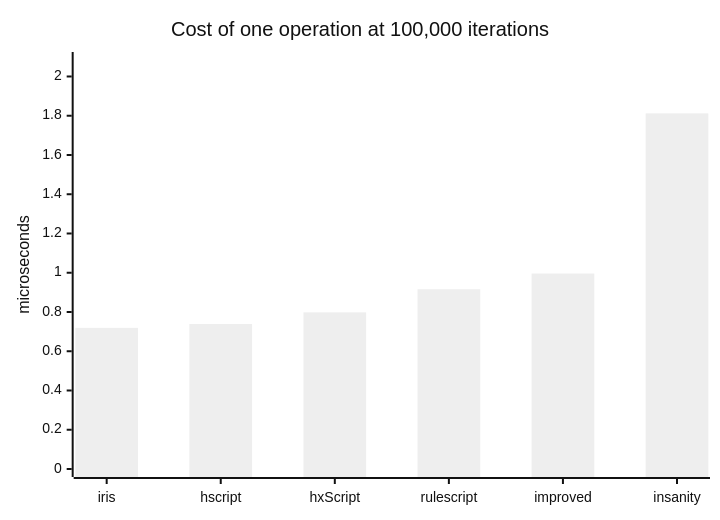
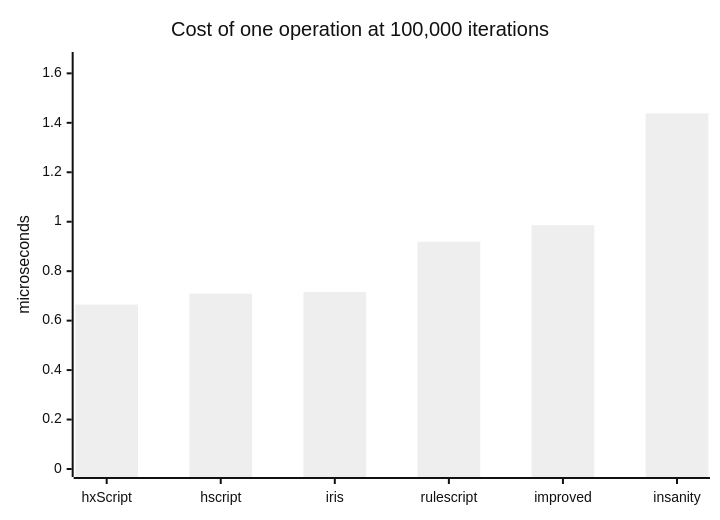
The first of 2 diagrams in docs/benchmarks.md (MeguminBOT/hxscript), drawn with Mermaid (neutral theme) before and after one commit. The commit also changed other lines of this file and 4 other files, not shown here.

````diff
--- a/docs/benchmarks.md
+++ b/docs/benchmarks.md
@@ -203,7 +208,7 @@
 ```mermaid
 xychart-beta
     title "Cost of one operation at 100,000 iterations"
-    x-axis ["iris", "hscript", "hxScript", "rulescript", "improved", "insanity"]
-    y-axis "microseconds" 0 --> 2.084
-    bar [0.719, 0.739, 0.798, 0.916, 0.996, 1.812]
+    x-axis ["hxScript", "hscript", "iris", "rulescript", "improved", "insanity"]
+    y-axis "microseconds" 0 --> 1.654
+    bar [0.665, 0.709, 0.716, 0.919, 0.986, 1.438]
 ```
````
